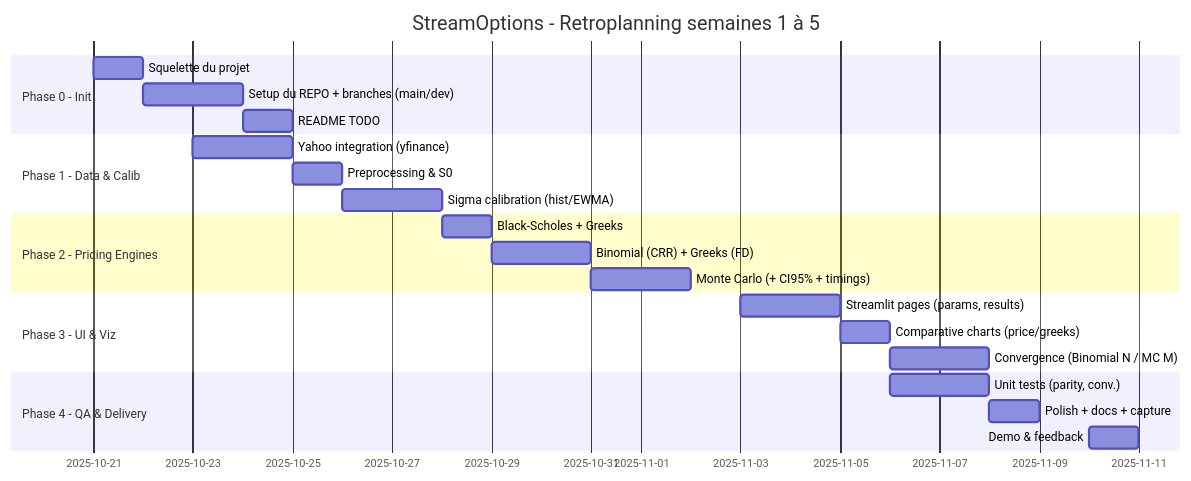
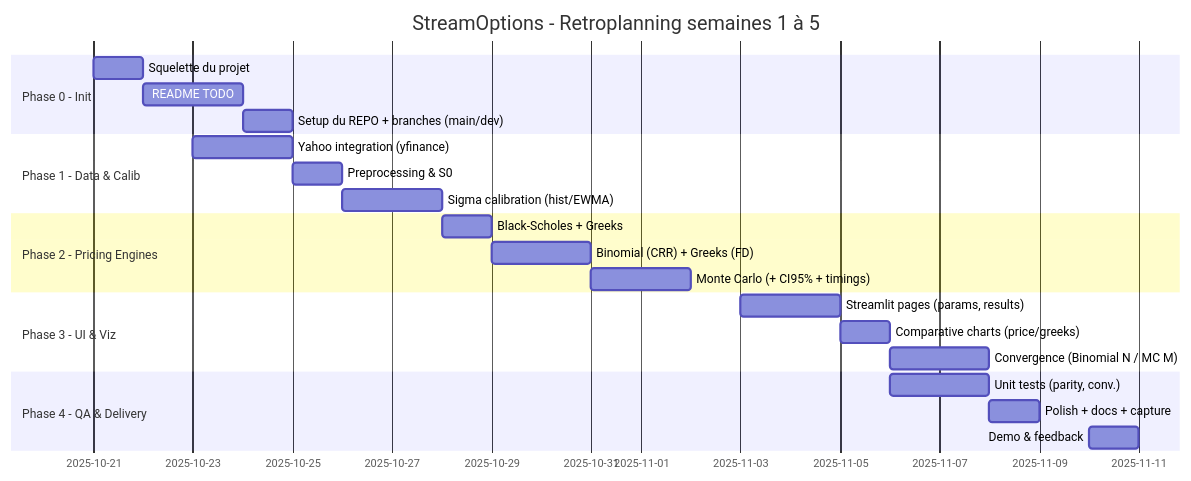
Before and after one commit to Karam-Benameur/stream_options: the diagram in roadmap/Gantt_Diagram.md, drawn with Mermaid.

````diff
--- a/roadmap/Gantt_Diagram.md
+++ b/roadmap/Gantt_Diagram.md
@@ -1,31 +1,31 @@
 ```mermaid
 gantt
     title StreamOptions - Retroplanning semaines 1 à 5
     dateFormat  DD-MM-YYYY
     includes    weekends
 
     section Phase 0 - Init
     Squelette du projet                 :s1, 21-10-2025, 1d
-    Setup du REPO + branches (main/dev) :s2, after s1, 2d
-    README TODO                         :s3, after s2, 1d
+    README TODO                         :s2, after s1, 2d
+    Setup du REPO + branches (main/dev) :s3, after s2, 1d
 
     section Phase 1 - Data & Calib
     Yahoo integration (yfinance)        :d1, 23-10-2025, 2d
     Preprocessing & S0                  :d2, after d1, 1d
     Sigma calibration (hist/EWMA)       :d3, after d2, 2d
 
     section Phase 2 - Pricing Engines
     Black-Scholes + Greeks              :p1, 2025-10-28, 1d
     Binomial (CRR) + Greeks (FD)        :p2, after p1, 2d
     Monte Carlo (+ CI95% + timings)     :p3, after p2, 2d
 
     section Phase 3 - UI & Viz
     Streamlit pages (params, results)   :u1, 2025-11-03, 2d
     Comparative charts (price/greeks)   :u2, after u1, 1d
     Convergence (Binomial N / MC M)     :u3, after u2, 2d
 
     section Phase 4 - QA & Delivery
     Unit tests (parity, conv.)          :q1, 2025-11-06, 2d
     Polish + docs + capture             :q2, after q1, 1d
     Demo & feedback                     :dl, 2025-11-10, 1d
 ```
````
